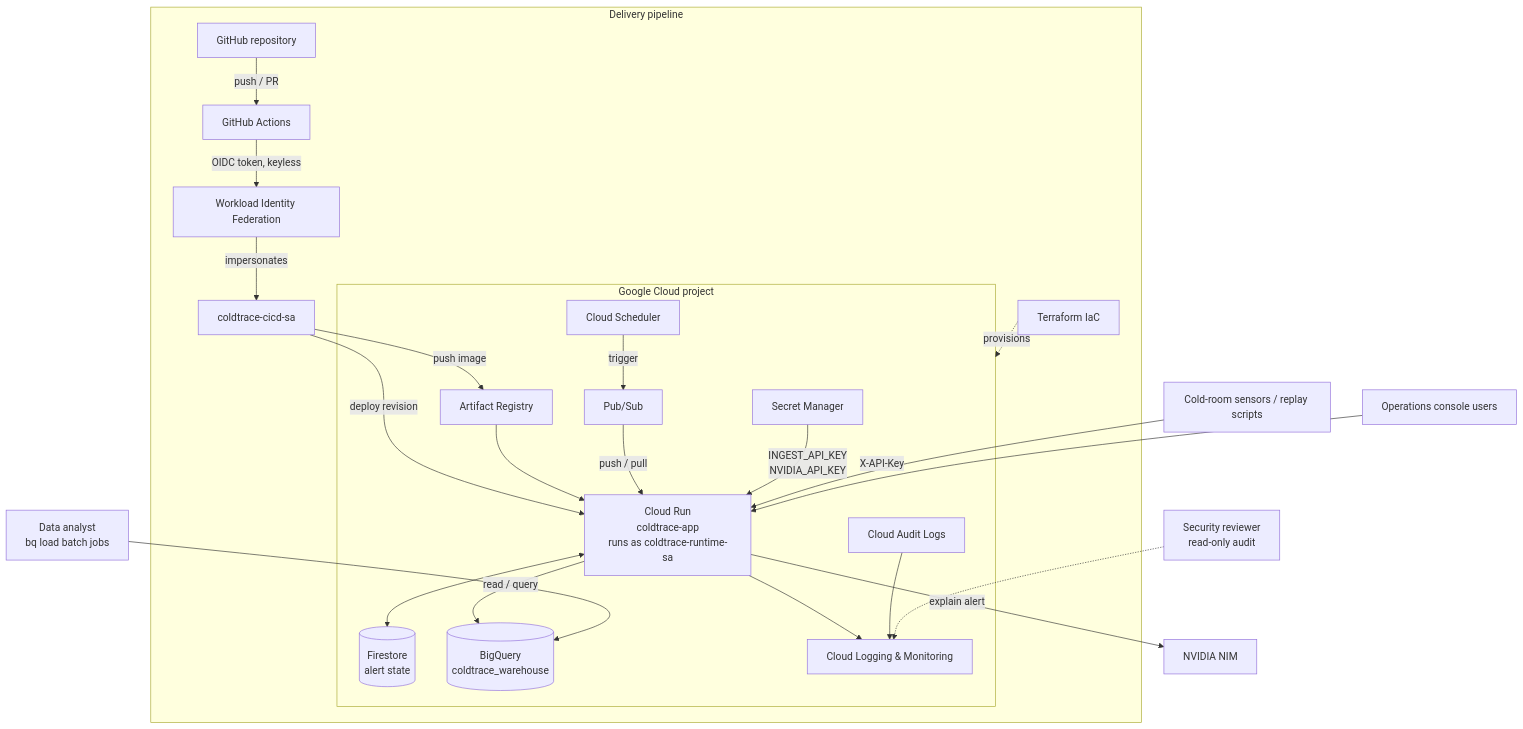
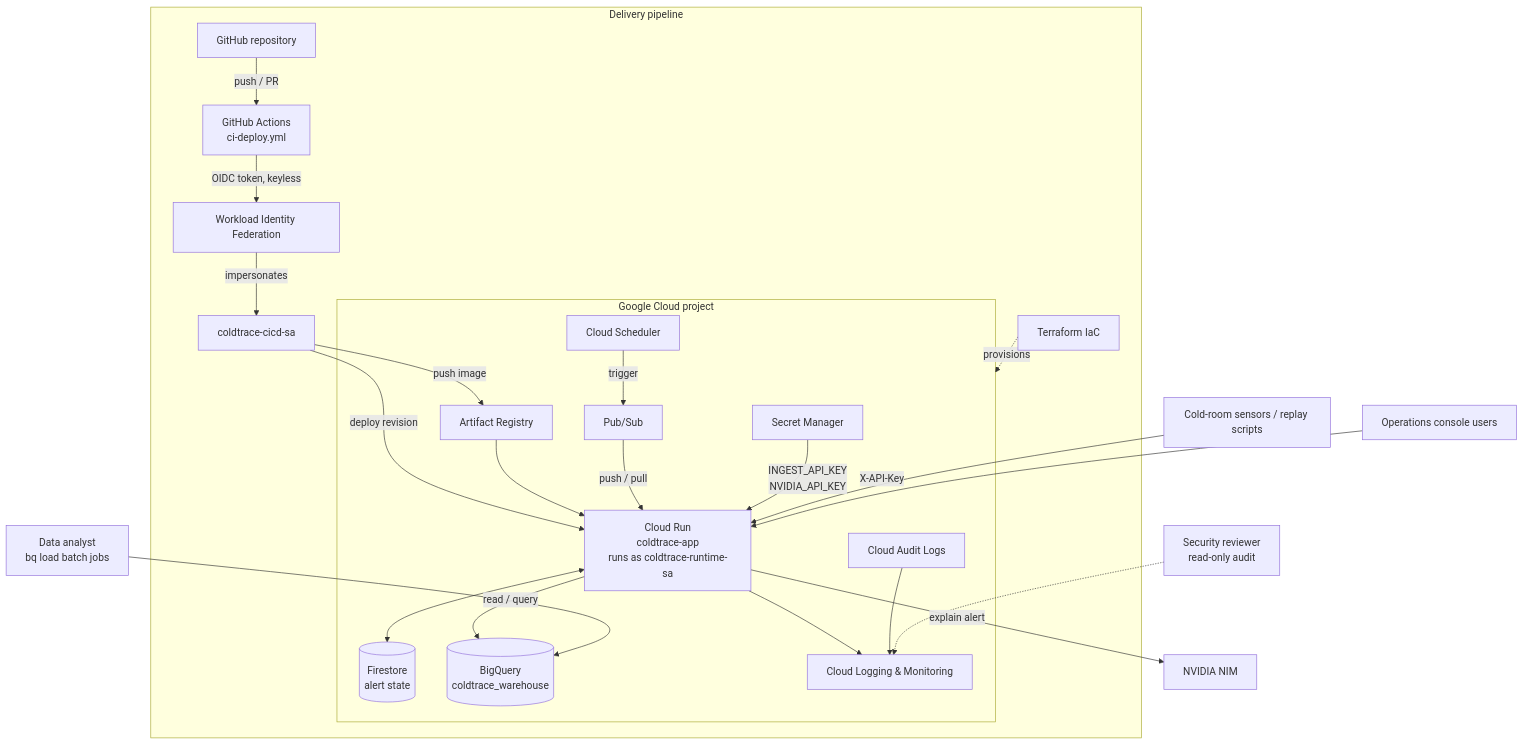
Before and after one commit to Muedi-M/ColdTrace: the second of 3 diagrams in README.md, drawn with Mermaid. The commit also changed other lines of this file, not shown here.

````diff
--- a/README.md
+++ b/README.md
@@ -69,29 +91,29 @@
 ```mermaid
 flowchart TB
     subgraph DEV[Delivery pipeline]
-        GH[GitHub repository] -->|push / PR| GHA[GitHub Actions]
+        GH[GitHub repository] -->|push / PR| GHA[GitHub Actions<br/>ci-deploy.yml]
         GHA -->|OIDC token, keyless| WIF[Workload Identity Federation]
         WIF -->|impersonates| CICD[coldtrace-cicd-sa]
         TF[Terraform IaC] -.->|provisions| GCP
     end
 
     CICD -->|push image| AR[Artifact Registry]
     CICD -->|deploy revision| CR
 
     subgraph GCP[Google Cloud project]
         AR --> CR[Cloud Run<br/>coldtrace-app<br/>runs as coldtrace-runtime-sa]
         SCH[Cloud Scheduler] -->|trigger| PS[Pub/Sub]
         PS -->|push / pull| CR
         CR <--> FS[(Firestore<br/>alert state)]
         CR -->|read / query| BQ[(BigQuery<br/>coldtrace_warehouse)]
         SM[Secret Manager] -->|INGEST_API_KEY<br/>NVIDIA_API_KEY| CR
         CR --> LOG[Cloud Logging & Monitoring]
         AUD[Cloud Audit Logs] --> LOG
     end
 
     CR -->|explain alert| NIM[NVIDIA NIM]
     SENS[Cold-room sensors / replay scripts] -->|X-API-Key| CR
     ANALYST[Data analyst<br/>bq load batch jobs] --> BQ
     OPS[Operations console users] --> CR
     SEC[Security reviewer<br/>read-only audit] -.-> LOG
 ```
````
